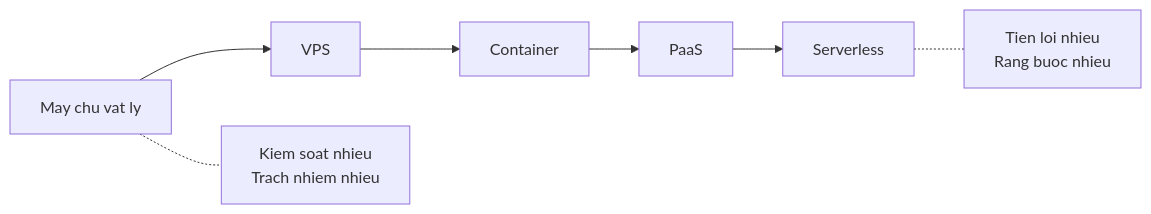
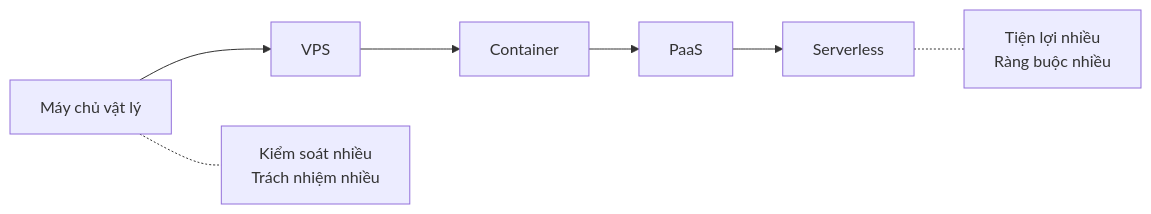
One commit to TienNHM/tiennhm.github.io changed the first of 2 diagrams in docs/09-dotnet-backend-zero-to-senior/stage-01-foundation/module-02-computer-science-basics/2.8-hosting-and-cloud-co-ban.mdx. Above: the diagram before and after it, drawn with Mermaid. The commit also changed other lines of this file and 10 other files, not shown here.

````diff
--- a/docs/09-dotnet-backend-zero-to-senior/stage-01-foundation/module-02-computer-science-basics/2.8-hosting-and-cloud-co-ban.mdx
+++ b/docs/09-dotnet-backend-zero-to-senior/stage-01-foundation/module-02-computer-science-basics/2.8-hosting-and-cloud-co-ban.mdx
@@ -29,9 +29,9 @@
 ```mermaid
 flowchart LR
-    A[May chu vat ly] --> B[VPS]
+    A[Máy chủ vật lý] --> B[VPS]
     B --> C[Container]
     C --> D[PaaS]
     D --> E[Serverless]
-    A -.- F[Kiem soat nhieu<br/>Trach nhiem nhieu]
-    E -.- G[Tien loi nhieu<br/>Rang buoc nhieu]
+    A -.- F[Kiểm soát nhiều<br/>Trách nhiệm nhiều]
+    E -.- G[Tiện lợi nhiều<br/>Ràng buộc nhiều]
 ```
````
